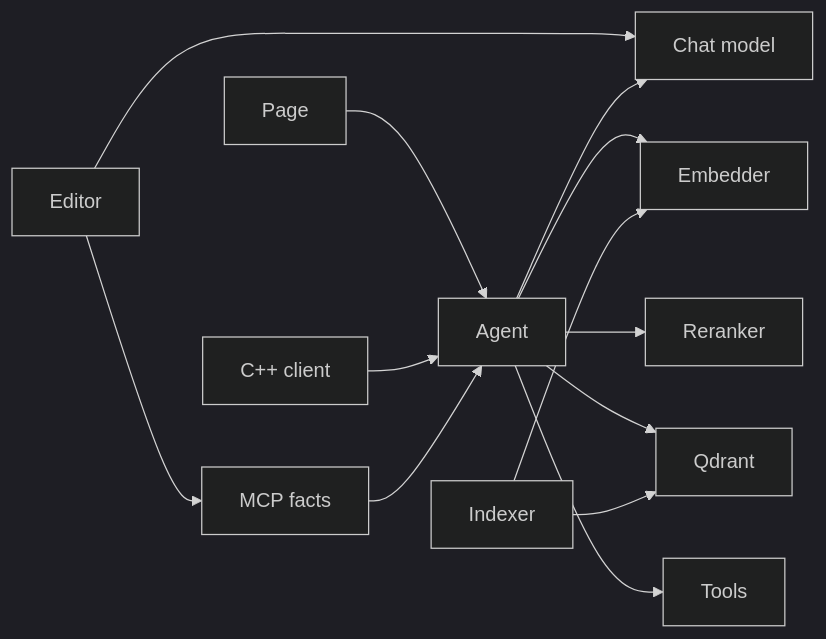
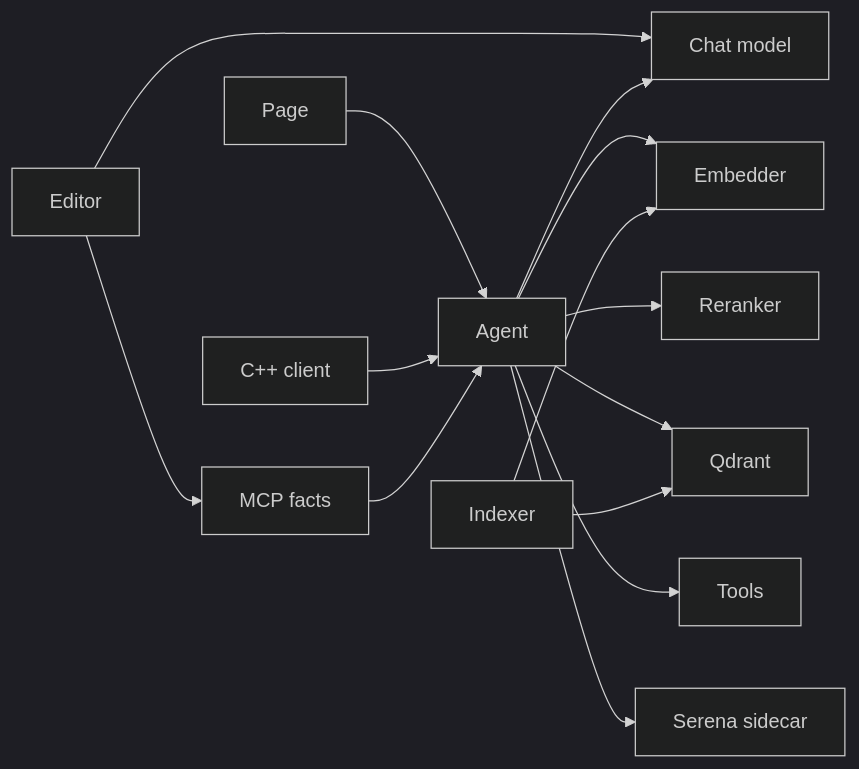
The diagram in docs/index.md (SPluszkiewicz/pumba), drawn with Mermaid (dark theme) before and after one commit. The commit also changed other lines of this file and 197 other files, not shown here.

First line of the commit message:
Route code intelligence through the Serena sidecar.

````diff
--- a/docs/index.md
+++ b/docs/index.md
@@ -27,15 +24,16 @@
 ```mermaid
 flowchart LR
   page["Page"] --> agent["Agent"]
   editor["Editor"] --> facts["MCP facts"]
   editor --> model["Chat model"]
   cli["C++ client"] --> agent
   facts --> agent
   agent --> model
   agent --> embed["Embedder"]
   agent --> rank["Reranker"]
   agent --> shelf["Qdrant"]
   agent --> sandbox["Tools"]
+  agent --> sidecar["Serena sidecar"]
   indexJob["Indexer"] --> embed
   indexJob --> shelf
 ```
````
